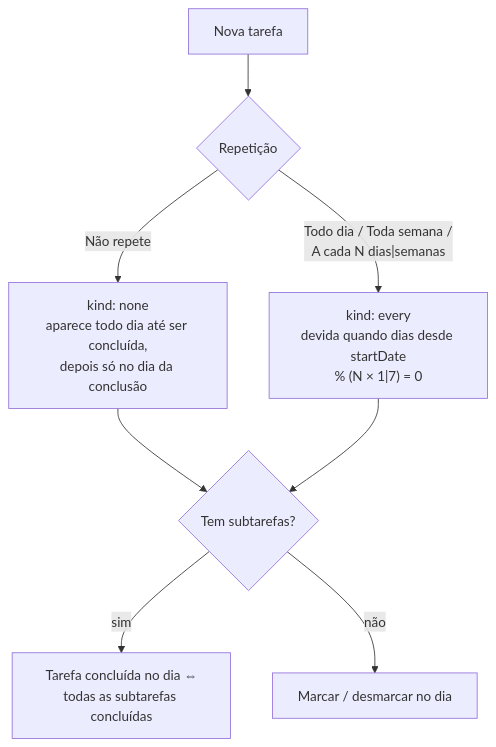
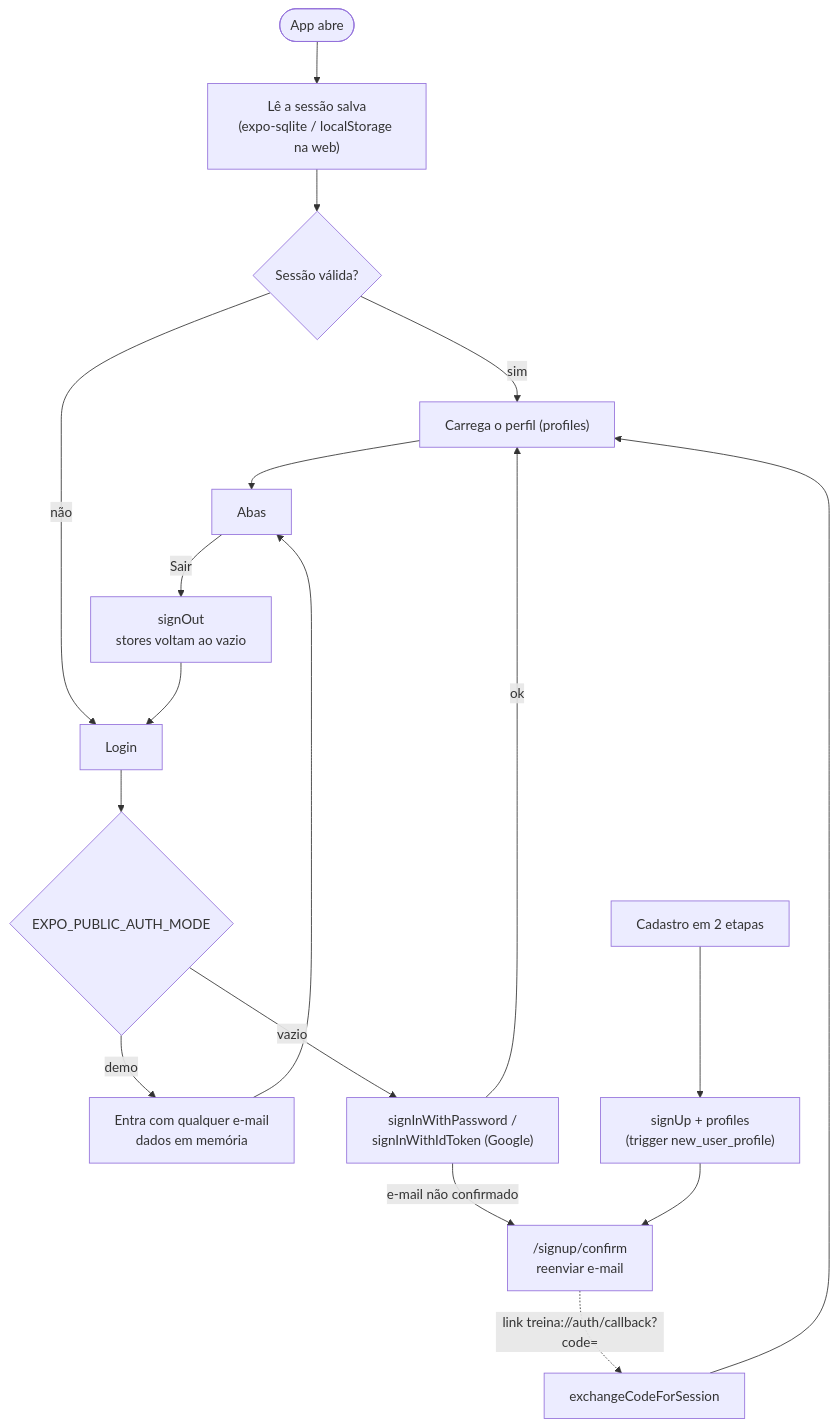
Before and after one commit to willians-e-silva/treina: the sixth of 7 diagrams in docs/FLUXOGRAMA.md, drawn with Mermaid. The commit also changed other lines of this file, not shown here.

First line of the commit message:
docs: atualiza o fluxograma com o estado atual da main

````diff
--- a/docs/FLUXOGRAMA.md
+++ b/docs/FLUXOGRAMA.md
@@ -202,10 +246,19 @@
 ```mermaid
 flowchart TD
-    New["Nova tarefa"] --> Rep{"Repetição"}
-    Rep -- "Não repete" --> OneOff["kind: none<br/>aparece todo dia até ser concluída,<br/>depois só no dia da conclusão"]
-    Rep -- "Todo dia / Toda semana /<br/>A cada N dias|semanas" --> Every["kind: every<br/>devida quando dias desde startDate<br/>% (N × 1|7) = 0"]
-    OneOff --> Sub{"Tem subtarefas?"}
-    Every --> Sub
-    Sub -- "sim" --> Sync["Tarefa concluída no dia ⇔<br/>todas as subtarefas concluídas"]
-    Sub -- "não" --> Toggle["Marcar / desmarcar no dia"]
+    Open(["App abre"]) --> Restore["Lê a sessão salva<br/>(expo-sqlite / localStorage na web)"]
+    Restore --> Has{"Sessão válida?"}
+    Has -- "sim" --> Profile["Carrega o perfil (profiles)"] --> App["Abas"]
+    Has -- "não" --> Login["Login"]
+
+    Login --> Mode{"EXPO_PUBLIC_AUTH_MODE"}
+    Mode -- "demo" --> Demo["Entra com qualquer e-mail<br/>dados em memória"] --> App
+    Mode -- "vazio" --> Real["signInWithPassword /<br/>signInWithIdToken (Google)"]
+    Real -- "e-mail não confirmado" --> Confirm["/signup/confirm<br/>reenviar e-mail"]
+    Real -- "ok" --> Profile
+
+    SignUp["Cadastro em 2 etapas"] --> Create["signUp + profiles<br/>(trigger new_user_profile)"]
+    Create --> Confirm
+    Confirm -.->|"link treina://auth/callback?code="| Exchange["exchangeCodeForSession"] --> Profile
+
+    App -- "Sair" --> Out["signOut<br/>stores voltam ao vazio"] --> Login
 ```
````
